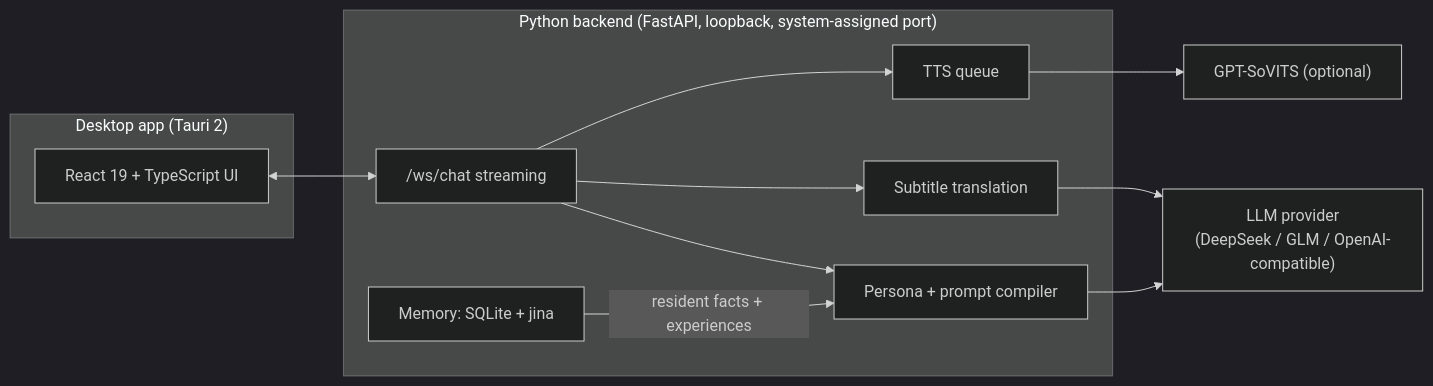
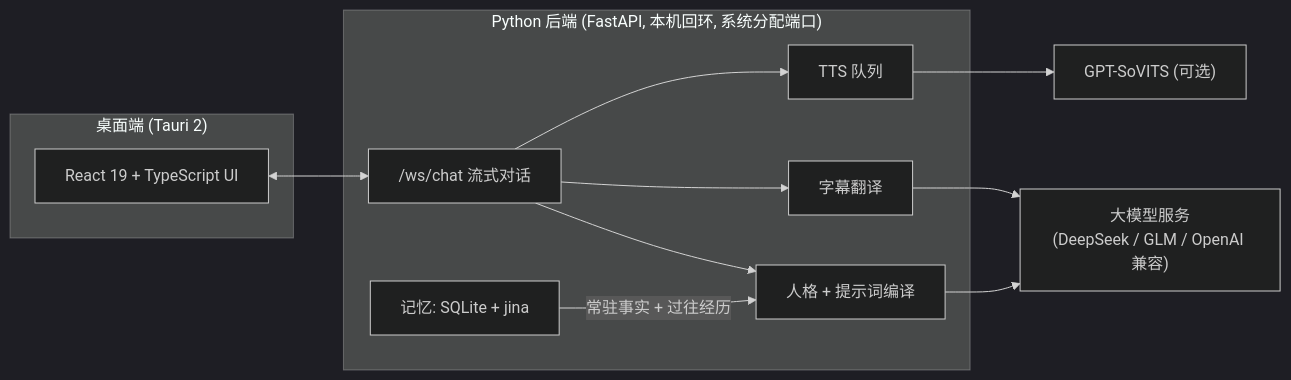
The diagram in README.md (meditecnic/AMADEUS), drawn with Mermaid (dark theme) before and after one commit. The commit also changed other lines of this file, not shown here.

````diff
--- a/README.md
+++ b/README.md
@@ -26,20 +36,20 @@
 ```mermaid
 flowchart LR
-  subgraph Desktop["Desktop app (Tauri 2)"]
+  subgraph Desktop["桌面端 (Tauri 2)"]
     UI["React 19 + TypeScript UI"]
   end
-  subgraph Backend["Python backend (FastAPI, loopback, system-assigned port)"]
-    WS["/ws/chat streaming"]
-    Persona["Persona + prompt compiler"]
-    Mem["Memory: SQLite + jina"]
-    Tr["Subtitle translation"]
-    TTS["TTS queue"]
+  subgraph Backend["Python 后端 (FastAPI, 本机回环, 系统分配端口)"]
+    WS["/ws/chat 流式对话"]
+    Persona["人格 + 提示词编译"]
+    Mem["记忆: SQLite + jina"]
+    Tr["字幕翻译"]
+    TTS["TTS 队列"]
   end
-  LLM["LLM provider<br/>(DeepSeek / GLM / OpenAI-compatible)"]
-  Sovits["GPT-SoVITS (optional)"]
+  LLM["大模型服务<br/>(DeepSeek / GLM / OpenAI 兼容)"]
+  Sovits["GPT-SoVITS (可选)"]
   UI <--> WS
   WS --> Persona --> LLM
-  Mem -- "resident facts + experiences" --> Persona
+  Mem -- "常驻事实 + 过往经历" --> Persona
   WS --> Tr --> LLM
   WS --> TTS --> Sovits
 ```
````
